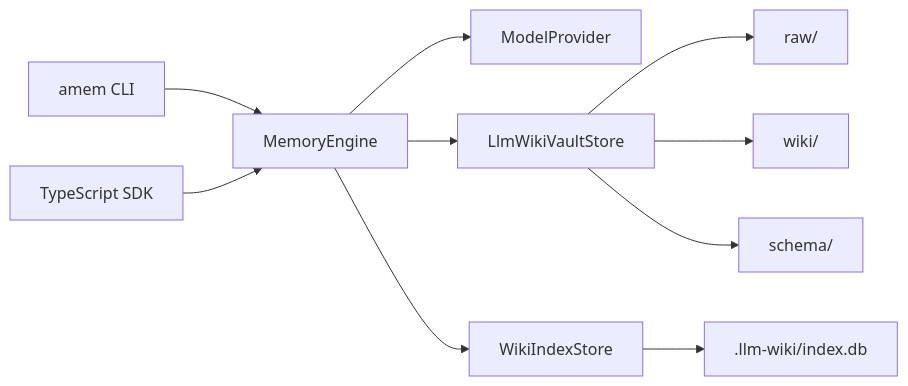
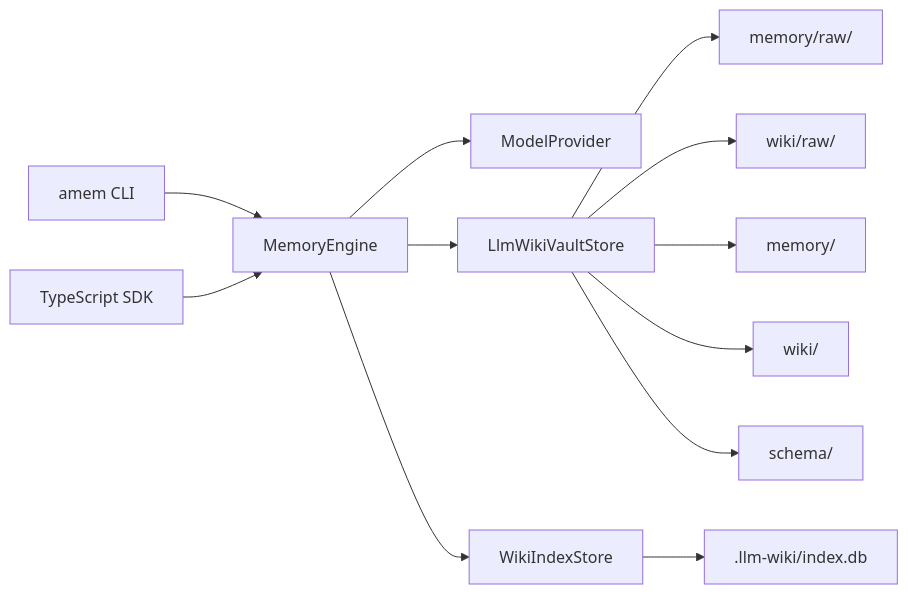
The diagram in docs/ARCHITECTURE.en.md (xianlinyi/agent-memory), drawn with Mermaid before and after one commit. The commit also changed other lines of this file and 19 other files, not shown here.

````diff
--- a/docs/ARCHITECTURE.en.md
+++ b/docs/ARCHITECTURE.en.md
@@ -15,12 +18,14 @@
 ```mermaid
 flowchart LR
   CLI["amem CLI"] --> Engine["MemoryEngine"]
   SDK["TypeScript SDK"] --> Engine
   Engine --> Model["ModelProvider"]
   Engine --> Vault["LlmWikiVaultStore"]
   Engine --> Index["WikiIndexStore"]
-  Vault --> Raw["raw/"]
+  Vault --> MemoryRaw["memory/raw/"]
+  Vault --> WikiRaw["wiki/raw/"]
+  Vault --> Memory["memory/"]
   Vault --> Wiki["wiki/"]
   Vault --> Schema["schema/"]
   Index --> SQLite[".llm-wiki/index.db"]
 ```
````
